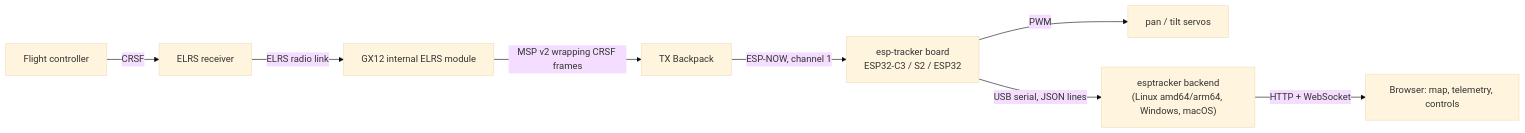
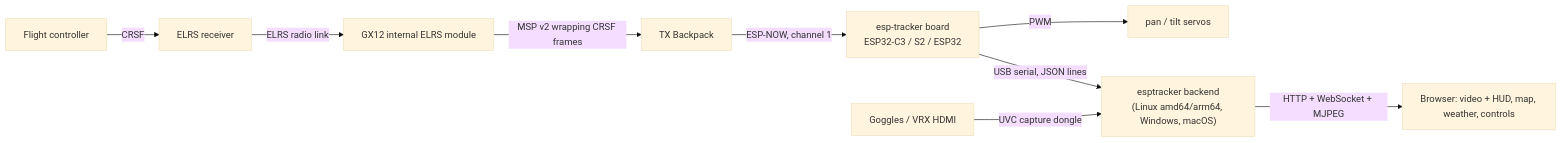
The diagram in esp-tracker/README.md (lstux/FPVTools), drawn with Mermaid (base theme) before and after one commit. The commit also changed other lines of this file and 33 other files, not shown here.

First line of the commit message:
feat : esp-tracker cockpit UI, HDMI video, weather, vario/baro

````diff
--- a/esp-tracker/README.md
+++ b/esp-tracker/README.md
@@ -14,10 +16,11 @@
 ```mermaid
 flowchart LR
   FC[Flight controller] -- CRSF --> RX[ELRS receiver]
   RX -- ELRS radio link --> TXM[GX12 internal ELRS module]
   TXM -- "MSP v2 wrapping CRSF frames" --> BP[TX Backpack]
   BP -- "ESP-NOW, channel 1" --> ESP[esp-tracker board<br/>ESP32-C3 / S2 / ESP32]
   ESP -- PWM --> SERVOS[pan / tilt servos]
   ESP -- "USB serial, JSON lines" --> HOST["esptracker backend<br/>(Linux amd64/arm64, Windows, macOS)"]
-  HOST -- "HTTP + WebSocket" --> UI[Browser: map, telemetry, controls]
+  VRX[Goggles / VRX HDMI] -- "UVC capture dongle" --> HOST
+  HOST -- "HTTP + WebSocket + MJPEG" --> UI[Browser: video + HUD, map, weather, controls]
 ```
````
